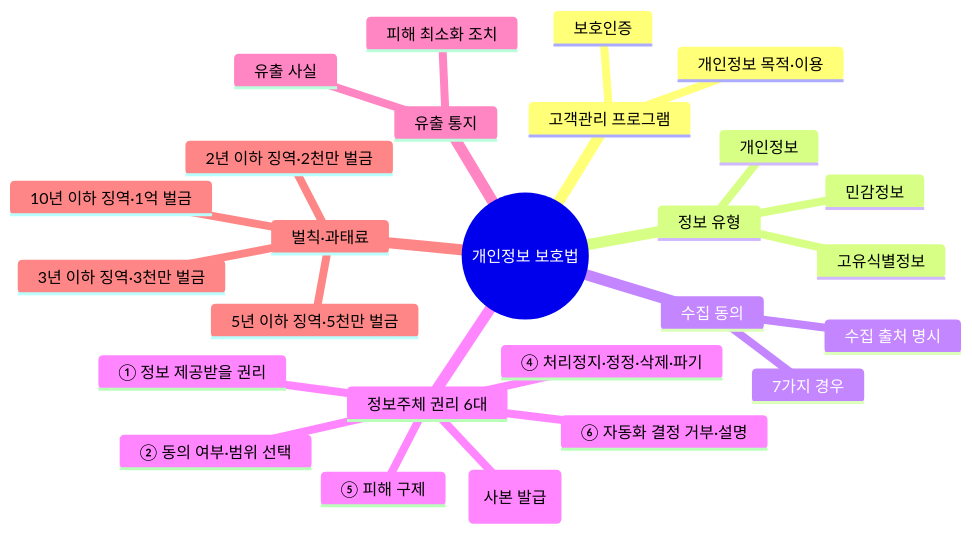
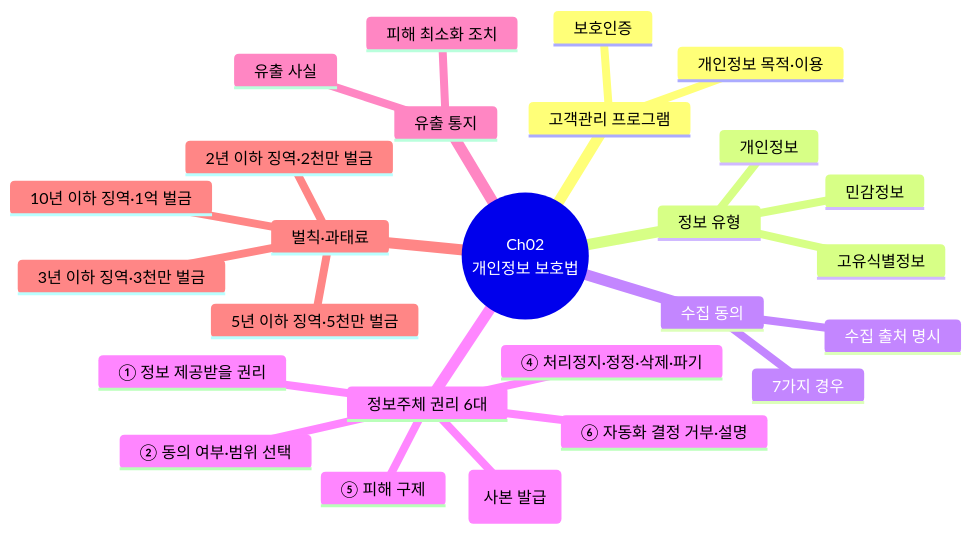
Diagram 13 of 21 in content/교재/law/1과목_화장품법의이해_이야기형.md (skygoldlee-cyber/Personalized_Skincare), drawn with Mermaid before and after one commit. The commit also changed 8 other files, not shown here.

````diff
--- a/content/교재/law/1과목_화장품법의이해_이야기형.md
+++ b/content/교재/law/1과목_화장품법의이해_이야기형.md
@@ -1991,29 +1991,29 @@
 ```mermaid
 mindmap
- root((개인정보 보호법))
+ root((Ch02<br/>개인정보 보호법))
   고객관리 프로그램
    개인정보 목적·이용
    보호인증
   정보 유형
    개인정보
    민감정보
    고유식별정보
   수집 동의
    7가지 경우
    수집 출처 명시
   정보주체 권리 6대
    ① 정보 제공받을 권리
    ② 동의 여부·범위 선택
    ③ 열람·전송(사본 발급)
    ④ 처리정지·정정·삭제·파기
    ⑤ 피해 구제
    ⑥ 자동화 결정 거부·설명
   유출 통지
    유출 사실
    피해 최소화 조치
   벌칙·과태료
    10년 이하 징역·1억 벌금
    5년 이하 징역·5천만 벌금
    3년 이하 징역·3천만 벌금
    2년 이하 징역·2천만 벌금
 ```
````
